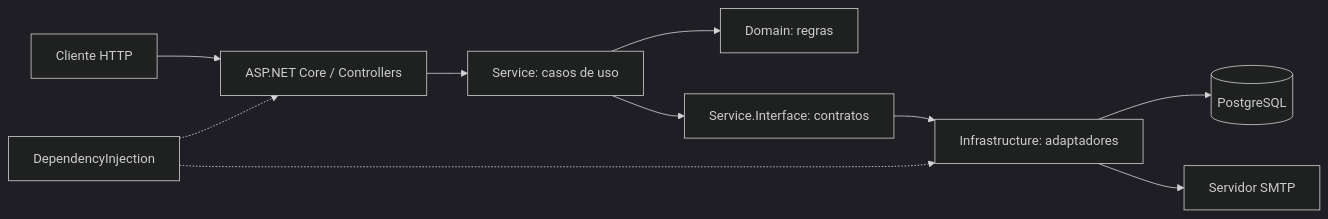
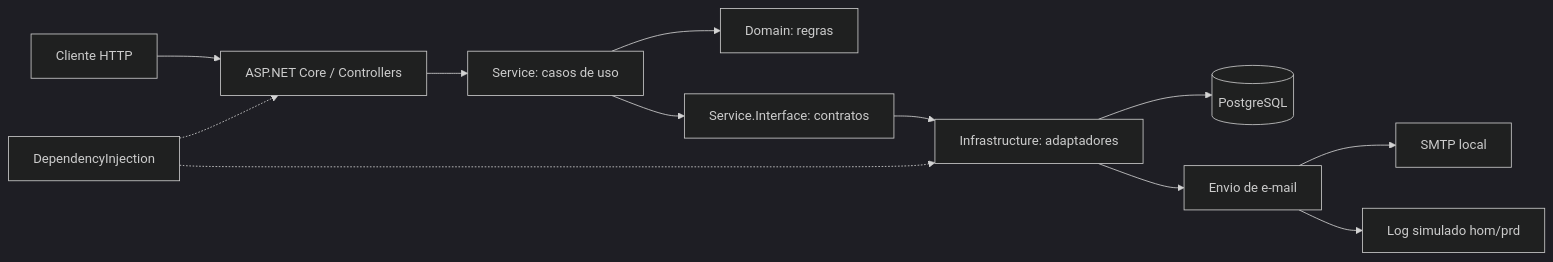
One commit to pknfelps/GerenciamentoMecanicaSistema changed the diagram in README.md. Above: the diagram before and after it, drawn with Mermaid (dark theme). The commit also changed other lines of this file and 11 other files, not shown here.

````diff
--- a/README.md
+++ b/README.md
@@ -63,12 +75,14 @@
 ```mermaid
 flowchart LR
     CLIENT["Cliente HTTP"] --> API["ASP.NET Core / Controllers"]
     API --> SERVICE["Service: casos de uso"]
     SERVICE --> DOMAIN["Domain: regras"]
     SERVICE --> PORTS["Service.Interface: contratos"]
     PORTS --> INFRA["Infrastructure: adaptadores"]
     INFRA --> PG[("PostgreSQL")]
-    INFRA --> SMTP["Servidor SMTP"]
+    INFRA --> EMAIL["Envio de e-mail"]
+    EMAIL --> SMTP["SMTP local"]
+    EMAIL --> SIM["Log simulado hom/prd"]
     DI["DependencyInjection"] -.-> API
     DI -.-> INFRA
 ```
````
